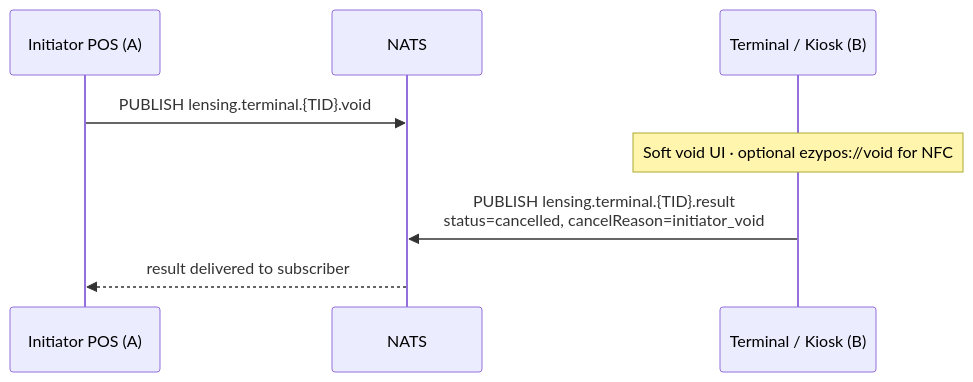
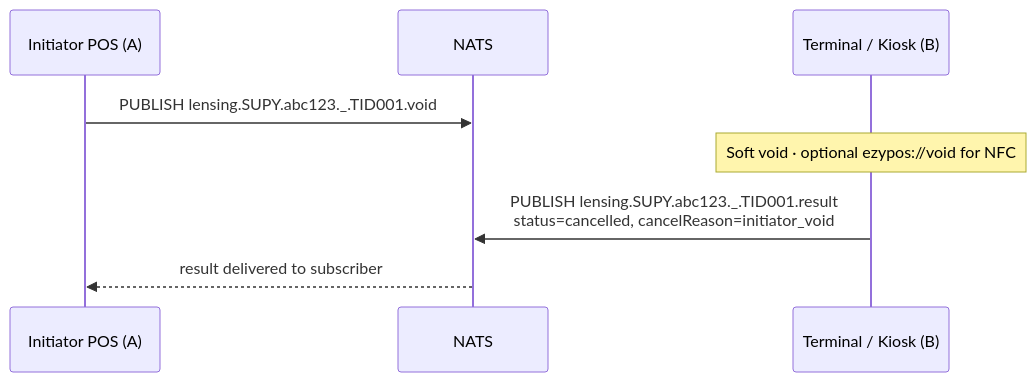
The first of 5 diagrams in level-2-lensing_en.md (posrouter/protocol-specs), drawn with Mermaid before and after one commit. The commit also changed other lines of this file and 9 other files, not shown here.

````diff
--- a/level-2-lensing_en.md
+++ b/level-2-lensing_en.md
@@ -115,11 +181,11 @@
 ```mermaid
 sequenceDiagram
     participant A as Initiator POS (A)
     participant NATS as NATS
     participant B as Terminal / Kiosk (B)
 
-    A->>NATS: PUBLISH lensing.terminal.{TID}.void
-    Note over B: Soft void UI · optional ezypos://void for NFC
-    B->>NATS: PUBLISH lensing.terminal.{TID}.result<br>status=cancelled, cancelReason=initiator_void
+    A->>NATS: PUBLISH lensing.SUPY.abc123._.TID001.void
+    Note over B: Soft void · optional ezypos://void for NFC
+    B->>NATS: PUBLISH lensing.SUPY.abc123._.TID001.result<br>status=cancelled, cancelReason=initiator_void
     NATS-->>A: result delivered to subscriber
 ```
````
